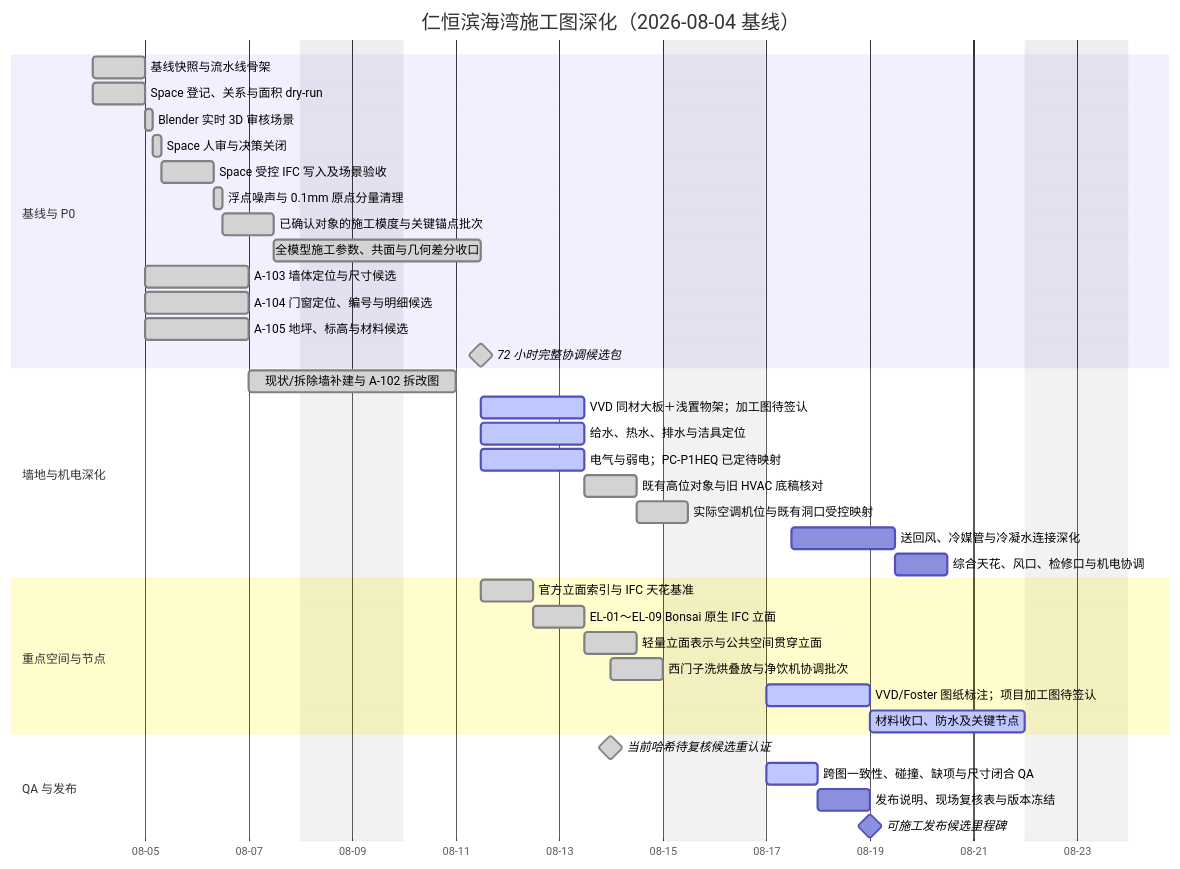
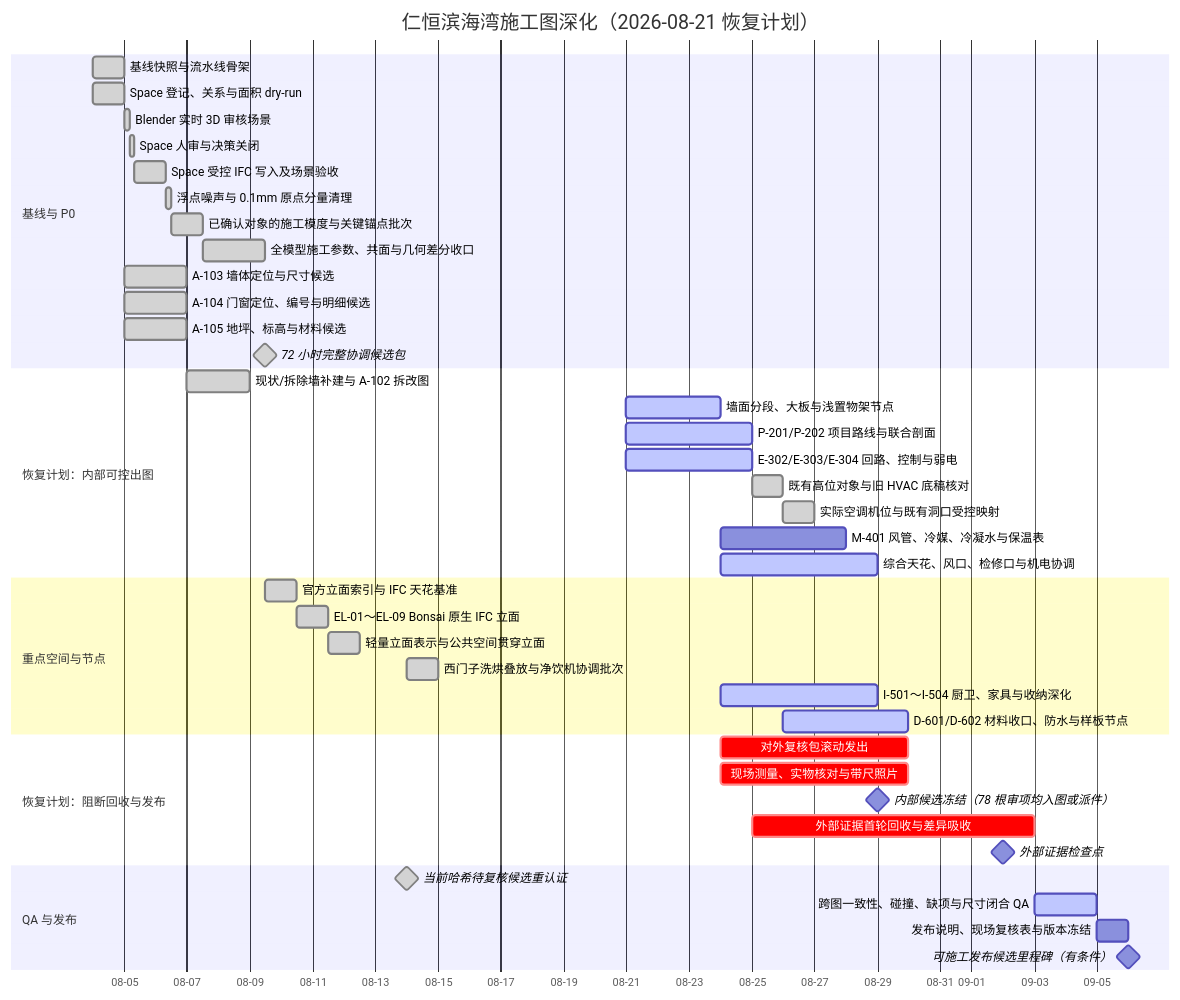
Before and after one commit to Weihan96/2504-GBTB-Yanlord-Zhuhai: the diagram in drawings/滨海湾装修施工图深化工作管理.md, drawn with Mermaid. The commit also changed other lines of this file, not shown here.

````diff
--- a/drawings/滨海湾装修施工图深化工作管理.md
+++ b/drawings/滨海湾装修施工图深化工作管理.md
@@ -106,45 +106,51 @@
 ```mermaid
 gantt
-    title 仁恒滨海湾施工图深化（2026-08-04 基线）
+    title 仁恒滨海湾施工图深化（2026-08-21 恢复计划）
     dateFormat  YYYY-MM-DD
     axisFormat  %m-%d
-    excludes    weekends
 
     section 基线与 P0
     基线快照与流水线骨架                 :done, M000, 2026-08-04, 1d
     Space 登记、关系与面积 dry-run       :done, S001, 2026-08-04, 1d
     Blender 实时 3D 审核场景              :done, S002A, after S001, 4h
     Space 人审与决策关闭                 :done, S002, after S002A, 4h
     Space 受控 IFC 写入及场景验收         :done, S003, after S002, 1d
     浮点噪声与 0.1mm 原点分量清理          :done, C001, after S003, 4h
     已确认对象的施工模度与关键锚点批次       :done, C002, after C001, 1d
     全模型施工参数、共面与几何差分收口       :done, C003, after C002, 2d
     A-103 墙体定位与尺寸候选              :done, A103, after S001, 2d
     A-104 门窗定位、编号与明细候选         :done, A104, after S001, 2d
     A-105 地坪、标高与材料候选             :done, A105, after S001, 2d
     72 小时完整协调候选包                 :milestone, done, M072, after C003 A103 A104 A105, 0d
 
-    section 墙地与机电深化
+    section 恢复计划：内部可控出图
     现状/拆除墙补建与 A-102 拆改图         :done, A102, after A103, 2d
-    VVD 同材大板＋浅置物架；加工图待签认   :active, WFIN, after M072, 2d
-    给水、热水、排水与洁具定位             :active, PLUM, after M072, 2d
-    电气与弱电；PC-P1HEQ 已定待映射     :active, ELEC, after M072, 2d
+    墙面分段、大板与浅置物架节点       :active, WFIN, 2026-08-21, 3d
+    P-201/P-202 项目路线与联合剖面       :active, PLUM, 2026-08-21, 4d
+    E-302/E-303/E-304 回路、控制与弱电   :active, ELEC, 2026-08-21, 4d
     既有高位对象与旧 HVAC 底稿核对          :done, RCP1A, after ELEC, 1d
     实际空调机位与既有洞口受控映射          :done, RCP1B, after RCP1A, 1d
-    送回风、冷媒管与冷凝水连接深化           :RCP1C, after RCP1B, 2d
-    综合天花、风口、检修口与机电协调        :RCP1, after RCP1C, 1d
+    M-401 风管、冷媒、冷凝水与保温表       :RCP1C, 2026-08-24, 4d
+    综合天花、风口、检修口与机电协调        :active, RCP1, 2026-08-24, 5d
 
     section 重点空间与节点
     官方立面索引与 IFC 天花基准             :done, INT1A, after M072, 1d
     EL-01～EL-09 Bonsai 原生 IFC 立面       :done, INT1B, after INT1A, 1d
     轻量立面表示与公共空间贯穿立面            :done, INT1B2, after INT1B, 1d
     西门子洗烘叠放与净饮机协调批次          :done, APP17, 2026-08-14, 1d
-    VVD/Foster 图纸标注；项目加工图待签认      :active, INT1, after APP17, 2d
-    材料收口、防水及关键节点               :active, DET1, after INT1, 3d
+    I-501～I-504 厨卫、家具与收纳深化      :active, INT1, 2026-08-24, 5d
+    D-601/D-602 材料收口、防水与样板节点   :active, DET1, 2026-08-26, 4d
+
+    section 恢复计划：阻断回收与发布
+    对外复核包滚动发出                  :crit, EXT01, 2026-08-24, 6d
+    现场测量、实物核对与带尺照片          :crit, FIELD1, 2026-08-24, 6d
+    内部候选冻结（78 根审项均入图或派件） :milestone, MRC2, 2026-08-29, 0d
+    外部证据首轮回收与差异吸收          :crit, EXT02, 2026-08-25, 9d
+    外部证据检查点                    :milestone, MEXT, 2026-09-02, 0d
 
     section QA 与发布
     当前哈希待复核候选重认证                :milestone, done, MREV, 2026-08-14, 0d
-    跨图一致性、碰撞、缺项与尺寸闭合 QA     :active, QA01, 2026-08-17, 1d
-    发布说明、现场复核表与版本冻结           :REL1, 2026-08-18, 1d
-    可施工发布候选里程碑                   :milestone, MREL, 2026-08-19, 0d
+    跨图一致性、碰撞、缺项与尺寸闭合 QA     :active, QA01, 2026-09-03, 2d
+    发布说明、现场复核表与版本冻结           :REL1, 2026-09-05, 1d
+    可施工发布候选里程碑（有条件）             :milestone, MREL, 2026-09-06, 0d
 ```
````
